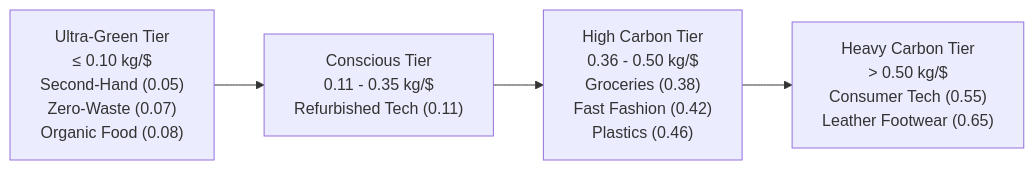
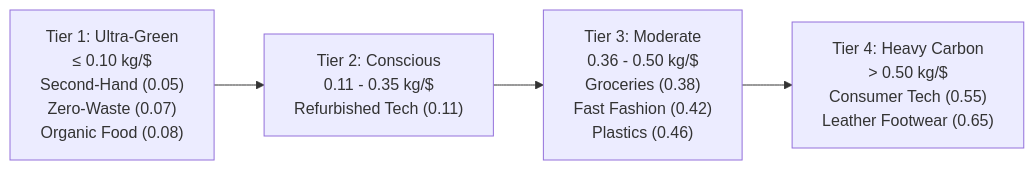
The third of 7 diagrams in README.md (parthibcpana/IDAI102-1000544-PARTH-PARVINBHAI-GAJERA-SA), drawn with Mermaid before and after one commit. The commit also changed other lines of this file and 3 other files, not shown here.

Commit message:
docs(SA): elevate documentation with centered layout, rich diagrams, and screenshot gallery

````diff
--- a/README.md
+++ b/README.md
@@ -170,6 +215,6 @@
 ```mermaid
 flowchart LR
-    A["Ultra-Green Tier<br>≤ 0.10 kg/$<br>Second-Hand (0.05)<br>Zero-Waste (0.07)<br>Organic Food (0.08)"] --> B["Conscious Tier<br>0.11 - 0.35 kg/$<br>Refurbished Tech (0.11)"]
-    B --> C["High Carbon Tier<br>0.36 - 0.50 kg/$<br>Groceries (0.38)<br>Fast Fashion (0.42)<br>Plastics (0.46)"]
-    C --> D["Heavy Carbon Tier<br>> 0.50 kg/$<br>Consumer Tech (0.55)<br>Leather Footwear (0.65)"]
+    A["Tier 1: Ultra-Green<br>≤ 0.10 kg/$<br>Second-Hand (0.05)<br>Zero-Waste (0.07)<br>Organic Food (0.08)"] --> B["Tier 2: Conscious<br>0.11 - 0.35 kg/$<br>Refurbished Tech (0.11)"]
+    B --> C["Tier 3: Moderate<br>0.36 - 0.50 kg/$<br>Groceries (0.38)<br>Fast Fashion (0.42)<br>Plastics (0.46)"]
+    C --> D["Tier 4: Heavy Carbon<br>> 0.50 kg/$<br>Consumer Tech (0.55)<br>Leather Footwear (0.65)"]
 ```
````
